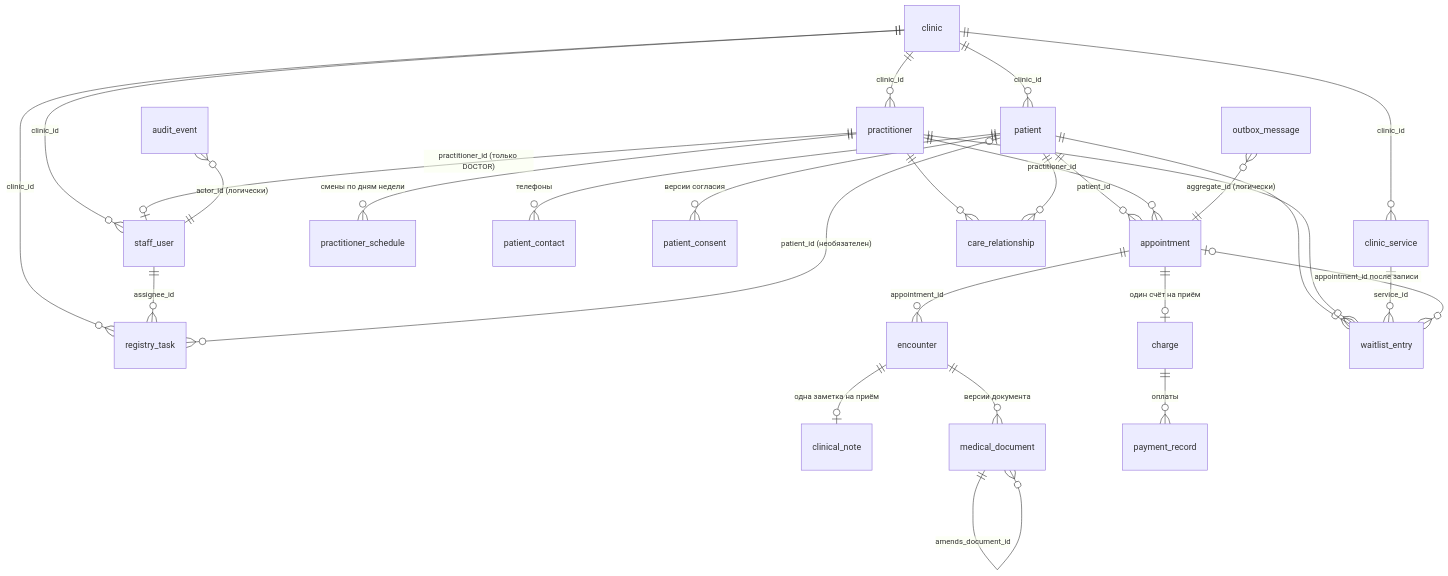
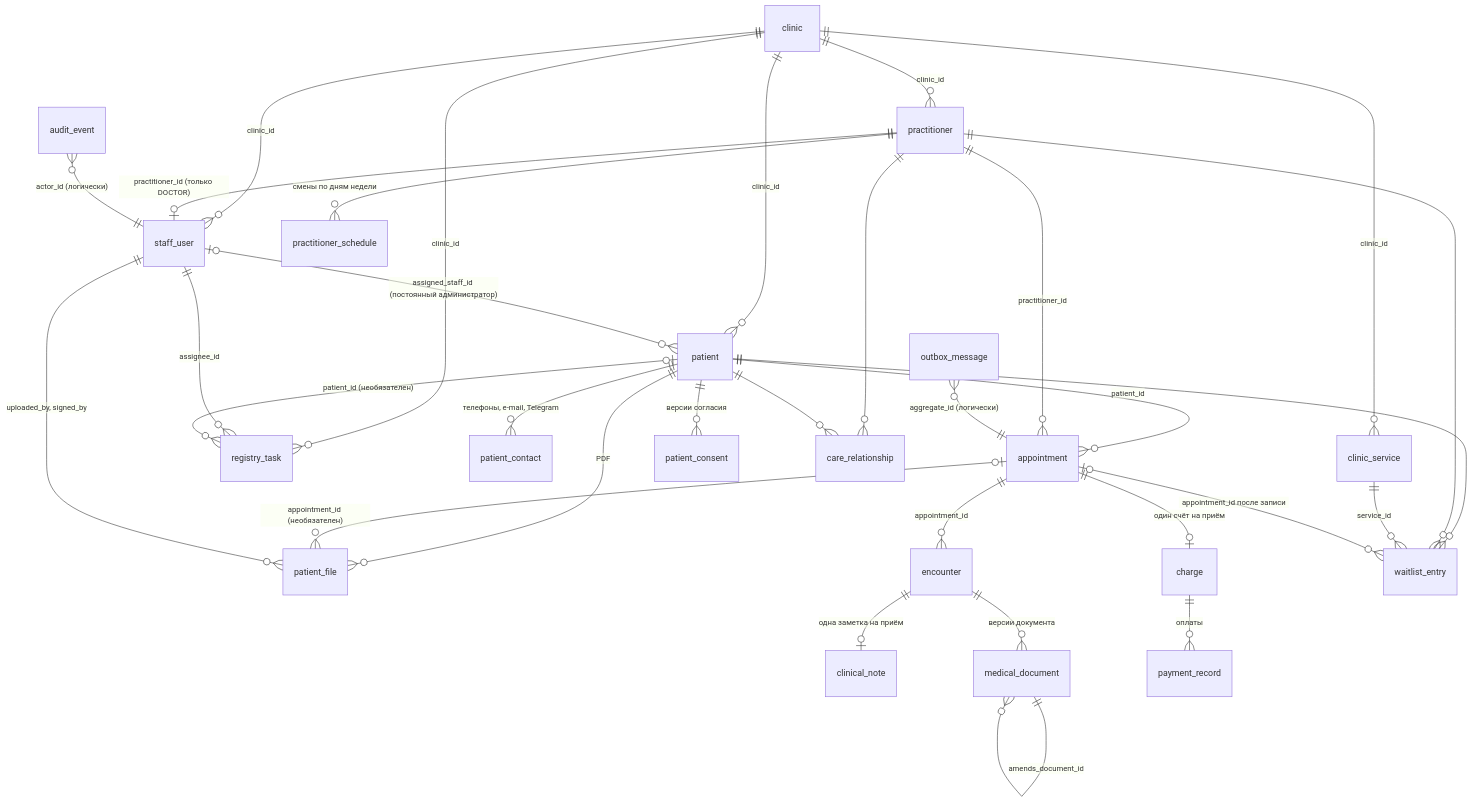
One commit to IlyaSimis/AlphaCRM changed the diagram in docs/data-model.md. Above: the diagram before and after it, drawn with Mermaid. The commit also changed other lines of this file and 106 other files, not shown here.

````diff
--- a/docs/data-model.md
+++ b/docs/data-model.md
@@ -37,39 +37,43 @@
 ```mermaid
 erDiagram
     clinic ||--o{ staff_user : "clinic_id"
     clinic ||--o{ practitioner : "clinic_id"
     clinic ||--o{ patient : "clinic_id"
     clinic ||--o{ clinic_service : "clinic_id"
     clinic ||--o{ registry_task : "clinic_id"
 
     practitioner ||--o| staff_user : "practitioner_id (только DOCTOR)"
     practitioner ||--o{ practitioner_schedule : "смены по дням недели"
 
-    patient ||--o{ patient_contact : "телефоны"
+    patient ||--o{ patient_contact : "телефоны, e-mail, Telegram"
+    staff_user |o--o{ patient : "assigned_staff_id (постоянный администратор)"
+    patient ||--o{ patient_file : "PDF"
+    appointment |o--o{ patient_file : "appointment_id (необязателен)"
+    staff_user ||--o{ patient_file : "uploaded_by, signed_by"
     patient ||--o{ patient_consent : "версии согласия"
 
     patient ||--o{ appointment : "patient_id"
     practitioner ||--o{ appointment : "practitioner_id"
 
     practitioner ||--o{ care_relationship : ""
     patient ||--o{ care_relationship : ""
 
     appointment ||--o{ encounter : "appointment_id"
     encounter ||--o| clinical_note : "одна заметка на приём"
     encounter ||--o{ medical_document : "версии документа"
     medical_document ||--o{ medical_document : "amends_document_id"
 
     appointment ||--o| charge : "один счёт на приём"
     charge ||--o{ payment_record : "оплаты"
 
     staff_user ||--o{ registry_task : "assignee_id"
     patient |o--o{ registry_task : "patient_id (необязателен)"
 
     patient ||--o{ waitlist_entry : ""
     practitioner ||--o{ waitlist_entry : ""
     clinic_service ||--o{ waitlist_entry : "service_id"
     appointment |o--o{ waitlist_entry : "appointment_id после записи"
 
     audit_event }o--|| staff_user : "actor_id (логически)"
     outbox_message }o--|| appointment : "aggregate_id (логически)"
 ```
````
